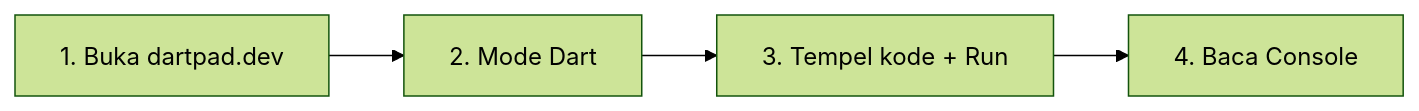
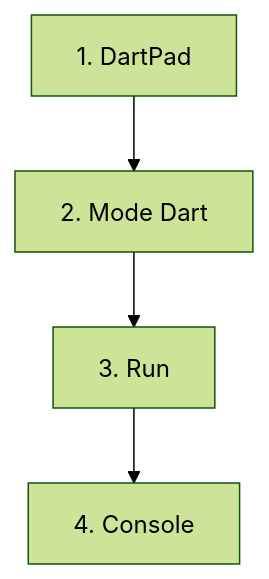
Before and after one commit to antonprafanto/mobile2026: the diagram in modul-01-dart/README.md, drawn with Mermaid (forest theme). The commit also changed other lines of this file and 23 other files, not shown here.

Commit message:
Replace Modul 01-04 badge diagrams with illustrations that match each analogy.

````diff
--- a/modul-01-dart/README.md
+++ b/modul-01-dart/README.md
@@ -20,6 +20,6 @@
 ```mermaid
-flowchart LR
-  A["1. Buka dartpad.dev"] --> B["2. Mode Dart"]
-  B --> C["3. Tempel kode + Run"]
-  C --> D["4. Baca Console"]
+flowchart TB
+  A["1. DartPad"] --> B["2. Mode Dart"]
+  B --> C["3. Run"]
+  C --> D["4. Console"]
 ```
````
